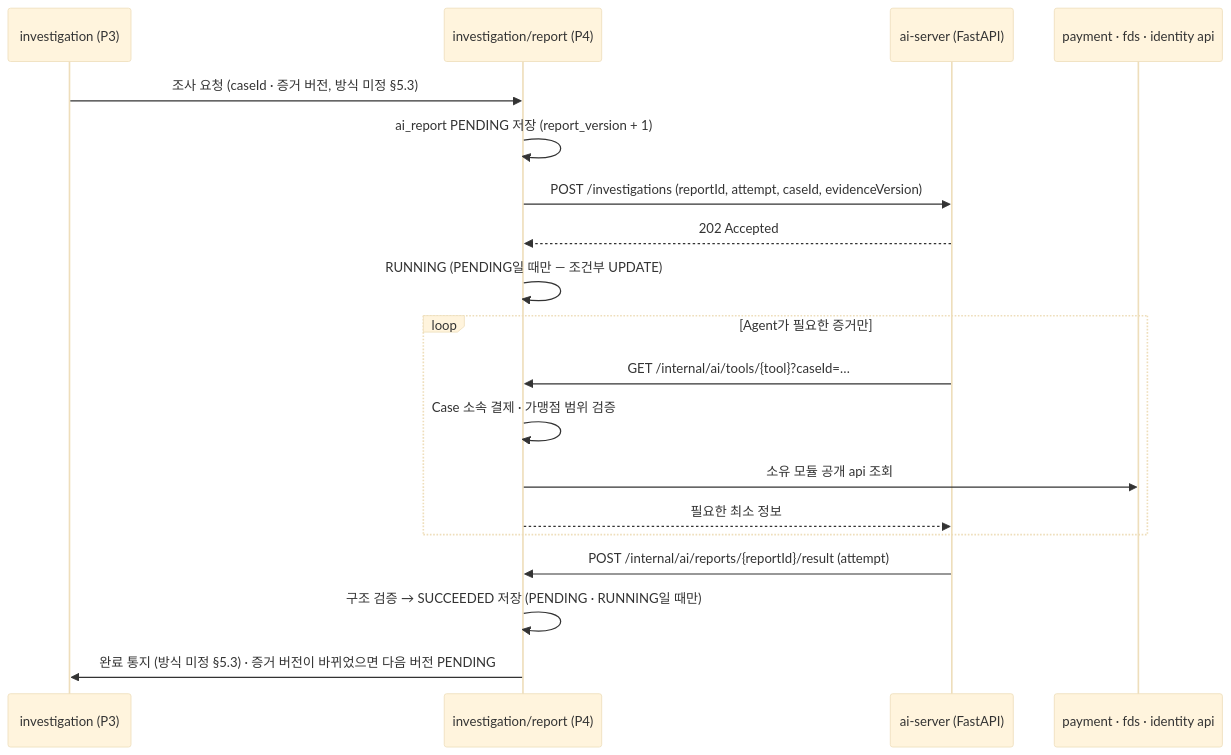
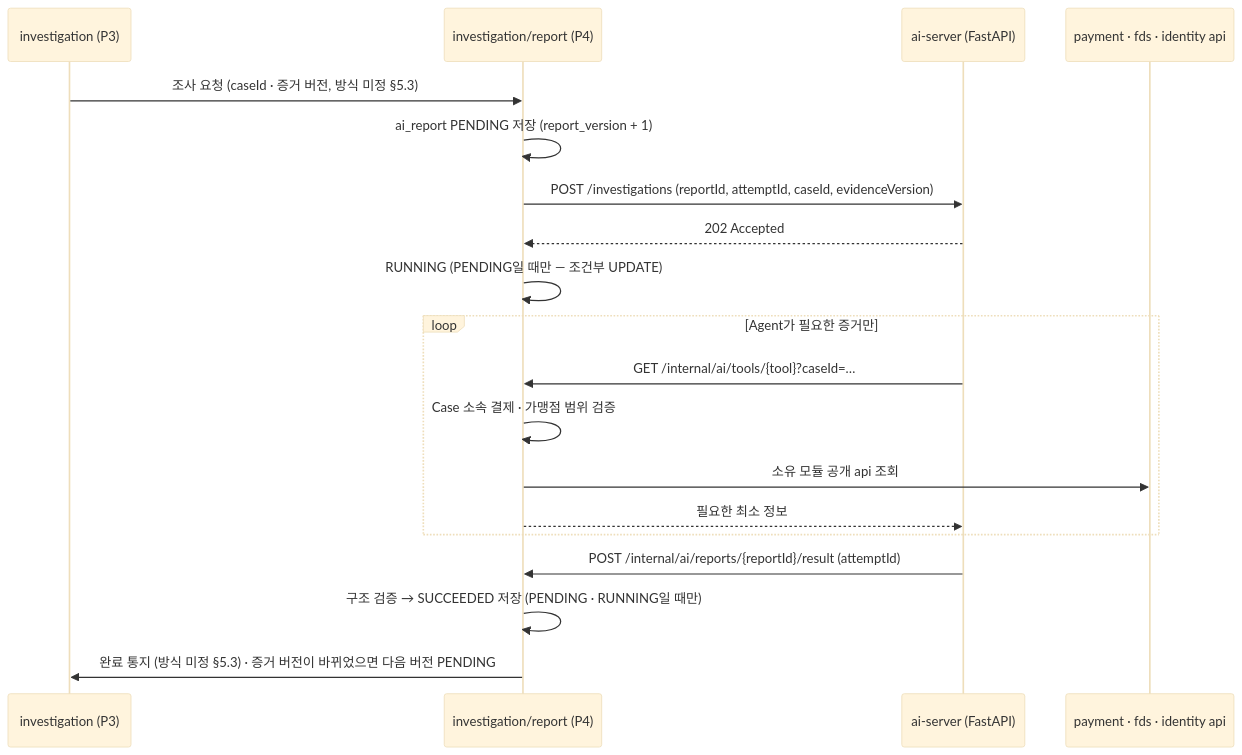
Before and after one commit to team-sweethan/DonWorry: the diagram in docs/decisions/0009-ai-investigation-call-structure.md, drawn with Mermaid (base theme). The commit also changed other lines of this file, not shown here.

````diff
--- a/docs/decisions/0009-ai-investigation-call-structure.md
+++ b/docs/decisions/0009-ai-investigation-call-structure.md
@@ -25,22 +25,22 @@
 ```mermaid
 sequenceDiagram
     participant P3 as investigation (P3)
     participant R as investigation/report (P4)
     participant A as ai-server (FastAPI)
     participant O as payment · fds · identity api
 
     P3->>R: 조사 요청 (caseId · 증거 버전, 방식 미정 §5.3)
     R->>R: ai_report PENDING 저장 (report_version + 1)
-    R->>A: POST /investigations (reportId, attempt, caseId, evidenceVersion)
+    R->>A: POST /investigations (reportId, attemptId, caseId, evidenceVersion)
     A-->>R: 202 Accepted
     R->>R: RUNNING (PENDING일 때만 — 조건부 UPDATE)
     loop Agent가 필요한 증거만
         A->>R: GET /internal/ai/tools/{tool}?caseId=…
         R->>R: Case 소속 결제 · 가맹점 범위 검증
         R->>O: 소유 모듈 공개 api 조회
         R-->>A: 필요한 최소 정보
     end
-    A->>R: POST /internal/ai/reports/{reportId}/result (attempt)
+    A->>R: POST /internal/ai/reports/{reportId}/result (attemptId)
     R->>R: 구조 검증 → SUCCEEDED 저장 (PENDING · RUNNING일 때만)
     R->>P3: 완료 통지 (방식 미정 §5.3) · 증거 버전이 바뀌었으면 다음 버전 PENDING
 ```
````
